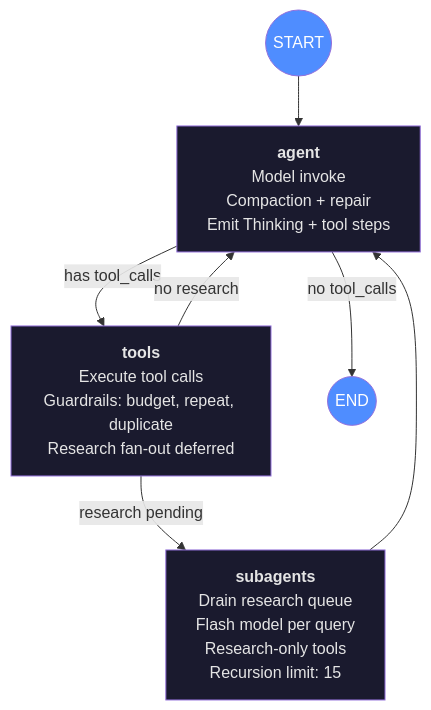
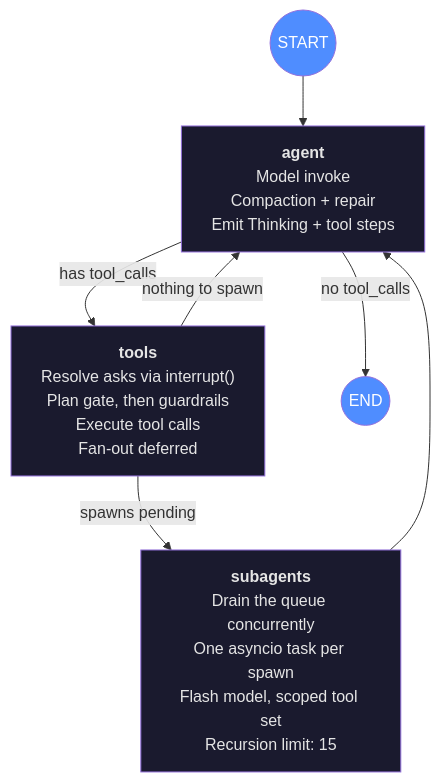
The first of 2 diagrams in agents/docs/agent-architecture.md (logcho/daimon), drawn with Mermaid before and after one commit. The commit also changed other lines of this file and 44 other files, not shown here.

````diff
--- a/agents/docs/agent-architecture.md
+++ b/agents/docs/agent-architecture.md
@@ -7,21 +9,21 @@
 ```mermaid
 graph TD
     START((START)) --> agent
 
     agent["<b>agent</b><br/>Model invoke<br/>Compaction + repair<br/>Emit Thinking + tool steps"]
     agent -->|"has tool_calls"| tools
     agent -->|"no tool_calls"| END((END))
 
-    tools["<b>tools</b><br/>Execute tool calls<br/>Guardrails: budget, repeat, duplicate<br/>Research fan-out deferred"]
-    tools -->|"research pending"| subagents
-    tools -->|"no research"| agent
+    tools["<b>tools</b><br/>Resolve asks via interrupt()<br/>Plan gate, then guardrails<br/>Execute tool calls<br/>Fan-out deferred"]
+    tools -->|"spawns pending"| subagents
+    tools -->|"nothing to spawn"| agent
 
-    subagents["<b>subagents</b><br/>Drain research queue<br/>Flash model per query<br/>Research-only tools<br/>Recursion limit: 15"]
+    subagents["<b>subagents</b><br/>Drain the queue concurrently<br/>One asyncio task per spawn<br/>Flash model, scoped tool set<br/>Recursion limit: 15"]
     subagents --> agent
 
     style START fill:#4f8dff,color:#fff
     style END fill:#4f8dff,color:#fff
     style agent fill:#1a1a2e,color:#e5e5e5
     style tools fill:#1a1a2e,color:#e5e5e5
     style subagents fill:#1a1a2e,color:#e5e5e5
 ```
````
